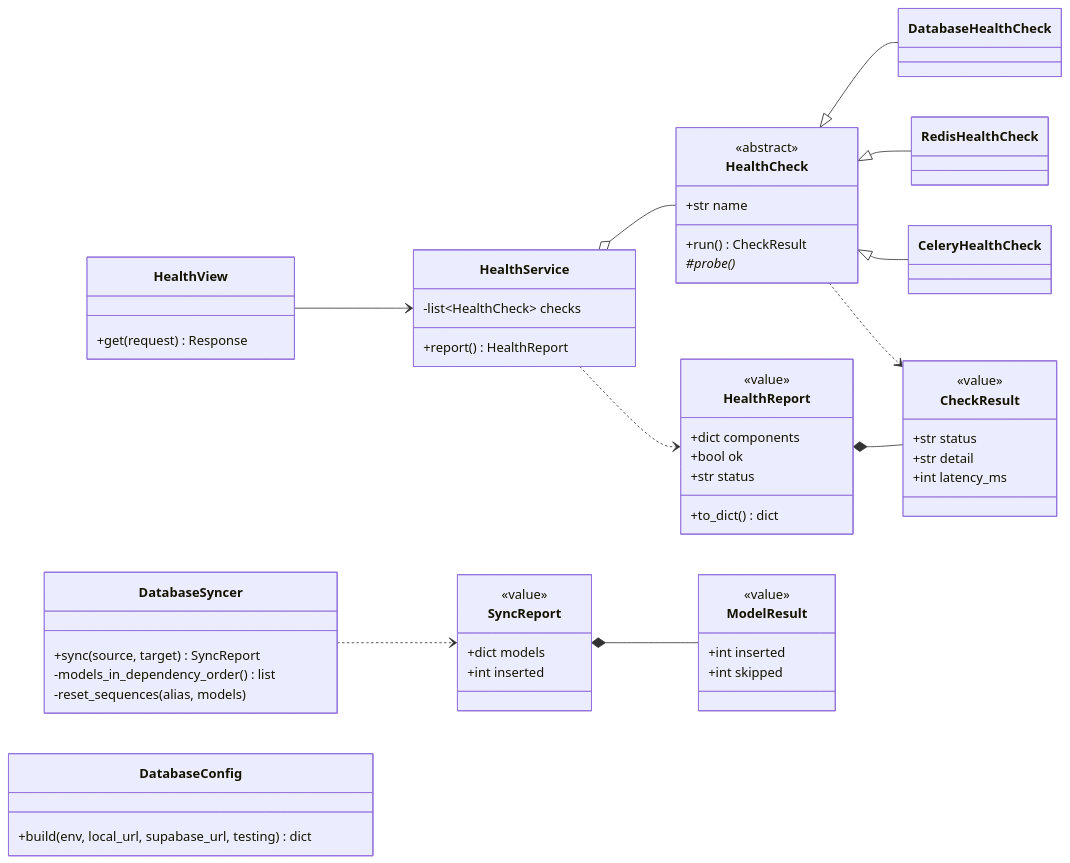
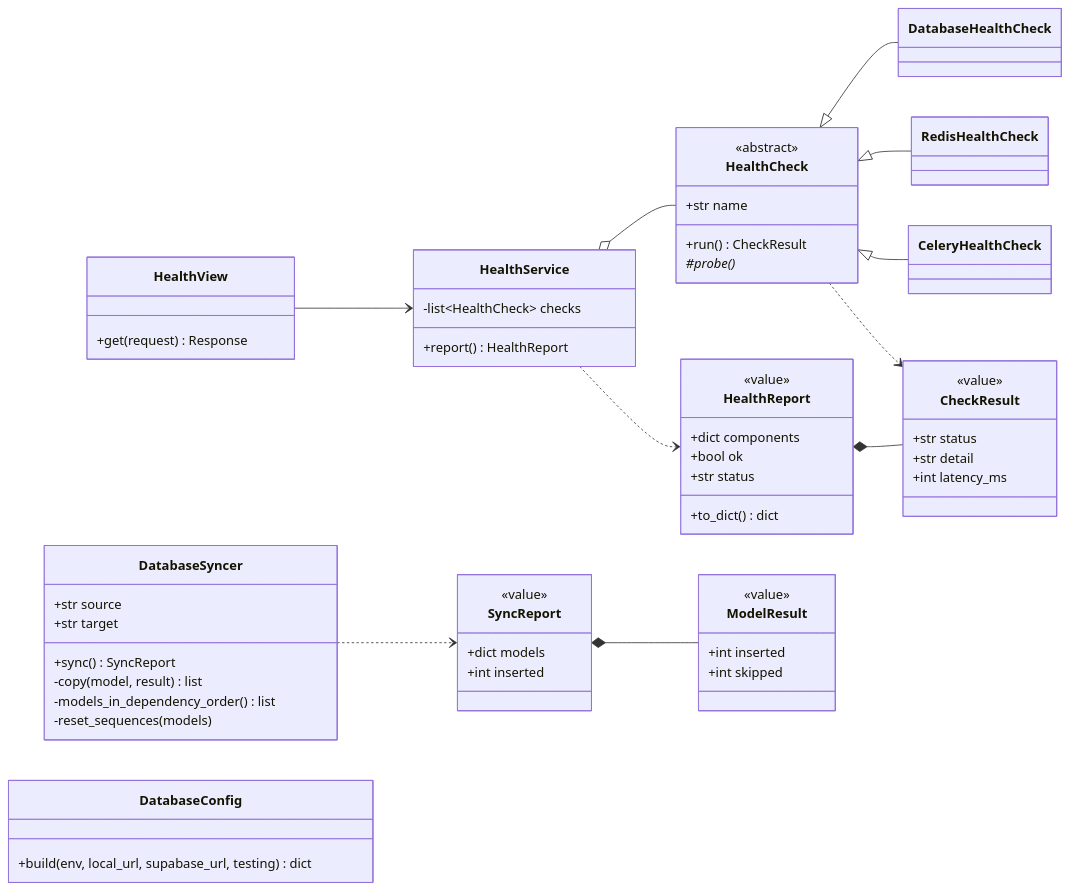
The third of 14 diagrams in docs/design.md (Satyamkumarjha4/Intelilearn), drawn with Mermaid before and after one commit. The commit also changed other lines of this file and 3 other files, not shown here.

````diff
--- a/docs/design.md
+++ b/docs/design.md
@@ -217,62 +217,65 @@
 ```mermaid
 classDiagram
     direction LR
     class HealthCheck {
         <<abstract>>
         +str name
         +run() CheckResult
         #probe()*
     }
     class DatabaseHealthCheck
     class RedisHealthCheck
     class CeleryHealthCheck
     class HealthService {
         -list~HealthCheck~ checks
         +report() HealthReport
     }
     class HealthReport {
         <<value>>
         +dict components
         +bool ok
         +str status
         +to_dict() dict
     }
     class CheckResult {
         <<value>>
         +str status
         +str detail
         +int latency_ms
     }
     class HealthView {
         +get(request) Response
     }
     class DatabaseSyncer {
-        +sync(source, target) SyncReport
+        +str source
+        +str target
+        +sync() SyncReport
+        -copy(model, result) list
         -models_in_dependency_order() list
-        -reset_sequences(alias, models)
+        -reset_sequences(models)
     }
     class SyncReport {
         <<value>>
         +dict models
         +int inserted
     }
     class ModelResult {
         <<value>>
         +int inserted
         +int skipped
     }
     class DatabaseConfig {
         +build(env, local_url, supabase_url, testing) dict
     }
 
     HealthCheck <|-- DatabaseHealthCheck
     HealthCheck <|-- RedisHealthCheck
     HealthCheck <|-- CeleryHealthCheck
     HealthService o-- HealthCheck
     HealthCheck ..> CheckResult
     HealthService ..> HealthReport
     HealthReport *-- CheckResult
     HealthView --> HealthService
     DatabaseSyncer ..> SyncReport
     SyncReport *-- ModelResult
 ```
````
